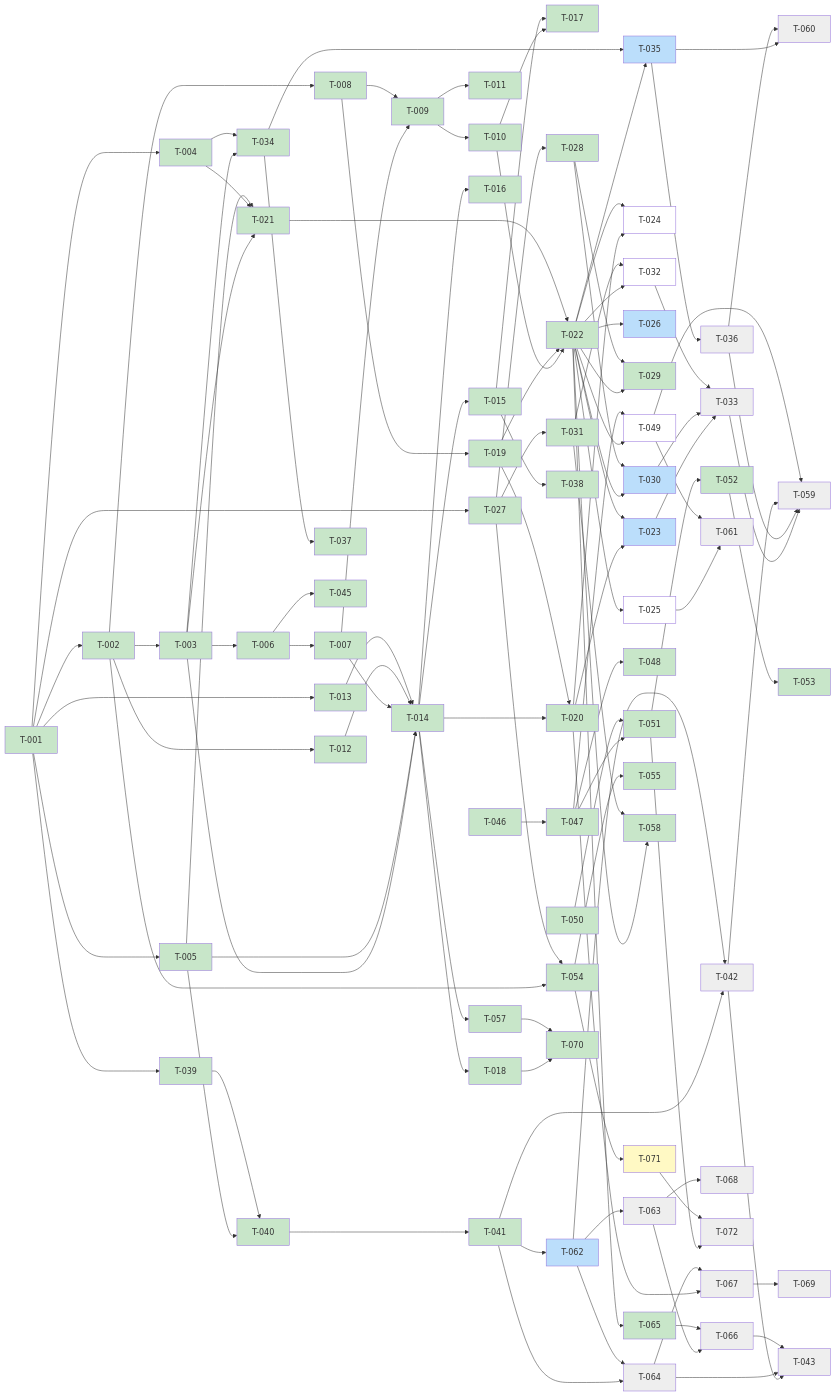
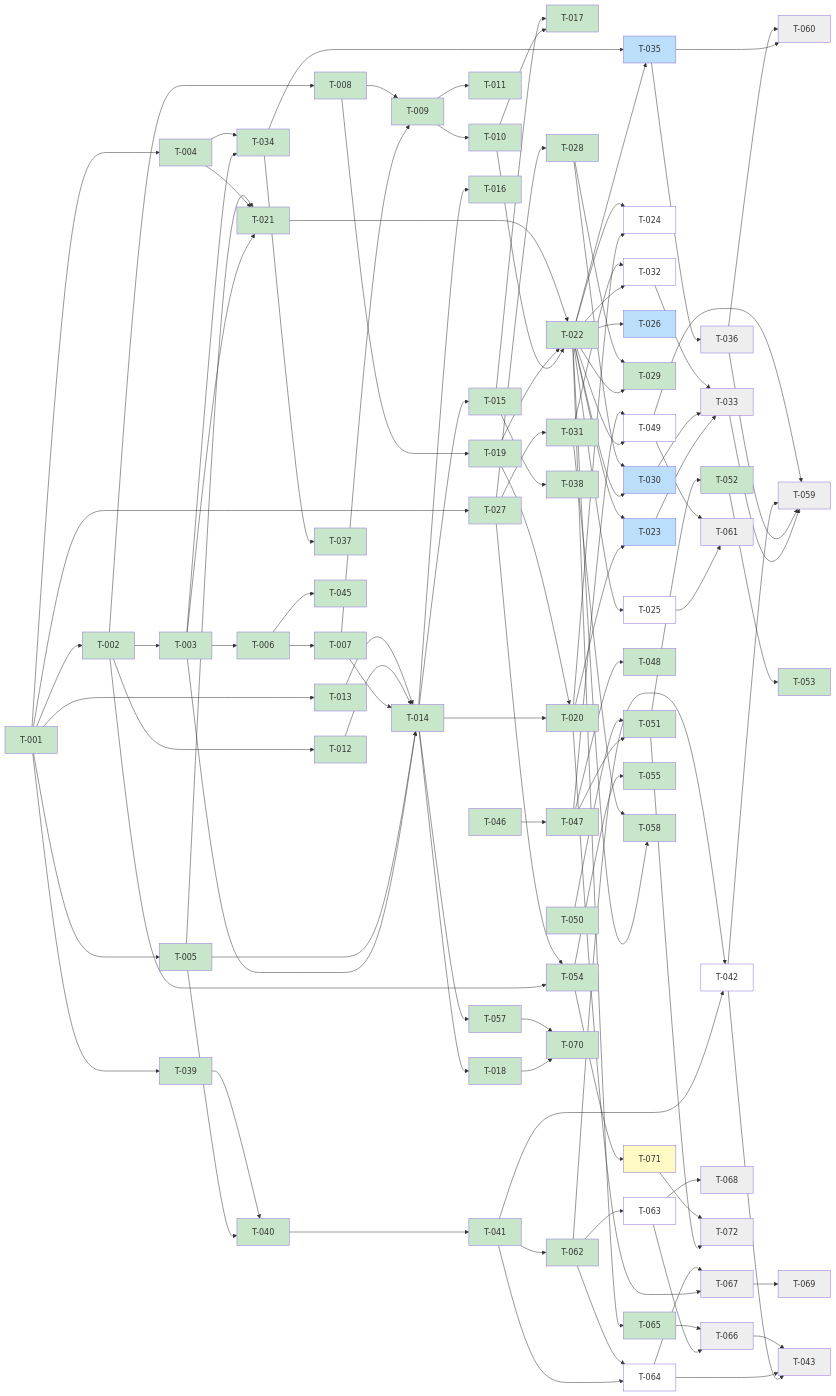
One commit to scholtz/biatec-chat changed the diagram in kanban/BOARD.md. Above: the diagram before and after it, drawn with Mermaid. The commit also changed other lines of this file and 4 other files, not shown here.

````diff
--- a/kanban/BOARD.md
+++ b/kanban/BOARD.md
@@ -218,9 +218,9 @@
   classDef inprogress fill:#bbdefb
   classDef backlog fill:#ffffff
   classDef blocked fill:#eeeeee
-  class T001,T002,T003,T004,T005,T006,T007,T008,T009,T010,T011,T012,T013,T014,T015,T016,T017,T018,T019,T020,T021,T022,T027,T028,T029,T031,T034,T037,T038,T039,T040,T041,T044,T045,T046,T047,T048,T050,T051,T052,T053,T054,T055,T056,T057,T058,T065,T070 done
+  class T001,T002,T003,T004,T005,T006,T007,T008,T009,T010,T011,T012,T013,T014,T015,T016,T017,T018,T019,T020,T021,T022,T027,T028,T029,T031,T034,T037,T038,T039,T040,T041,T044,T045,T046,T047,T048,T050,T051,T052,T053,T054,T055,T056,T057,T058,T062,T065,T070 done
   class T071 review
-  class T023,T030,T035,T062,T026 inprogress
-  class T024,T032,T049,T025 backlog
-  class T042,T033,T036,T059,T063,T064,T043,T066,T068,T072,T060,T061,T067,T069 blocked
+  class T023,T030,T035,T026 inprogress
+  class T042,T024,T032,T049,T063,T064,T025 backlog
+  class T033,T036,T059,T043,T066,T068,T072,T060,T061,T067,T069 blocked
 ```
````
